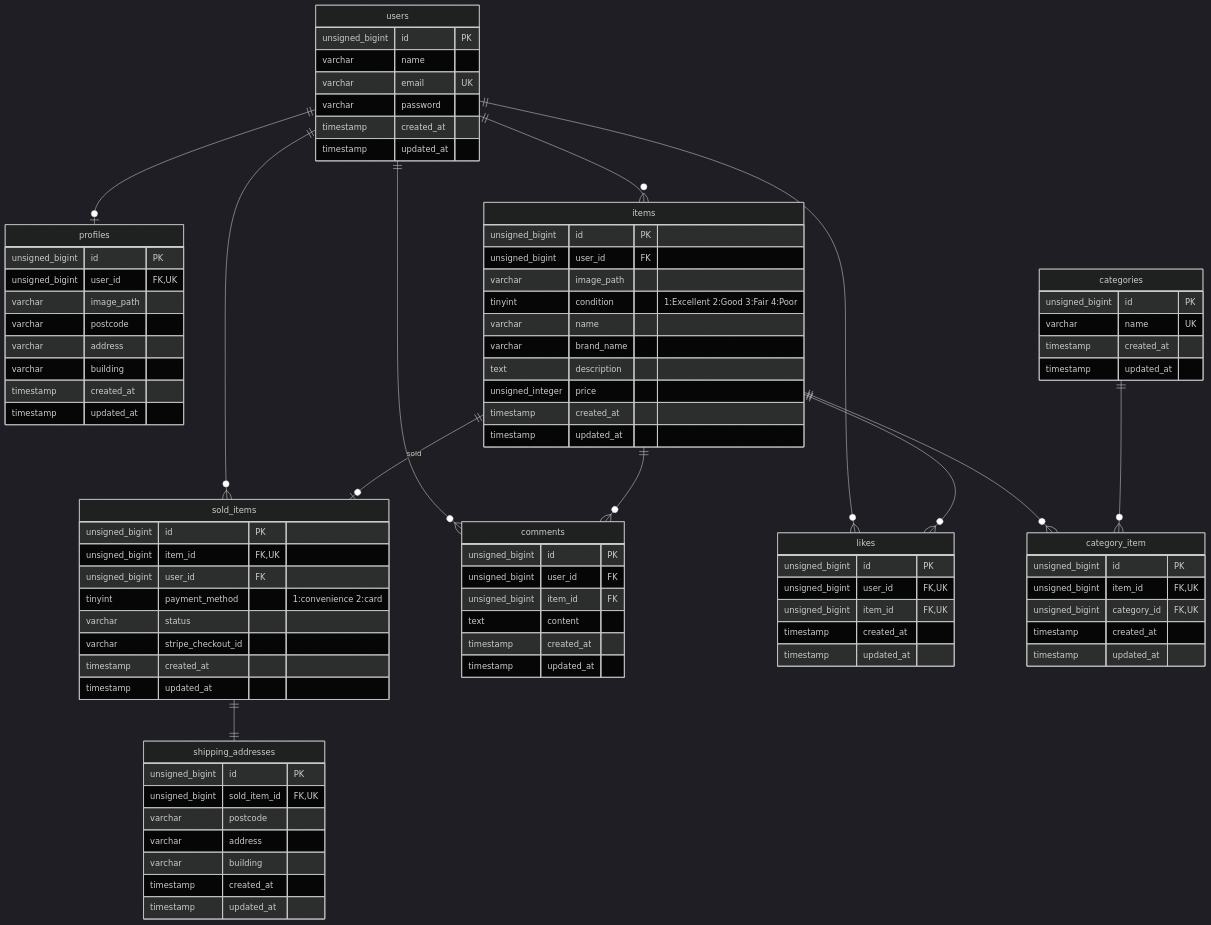
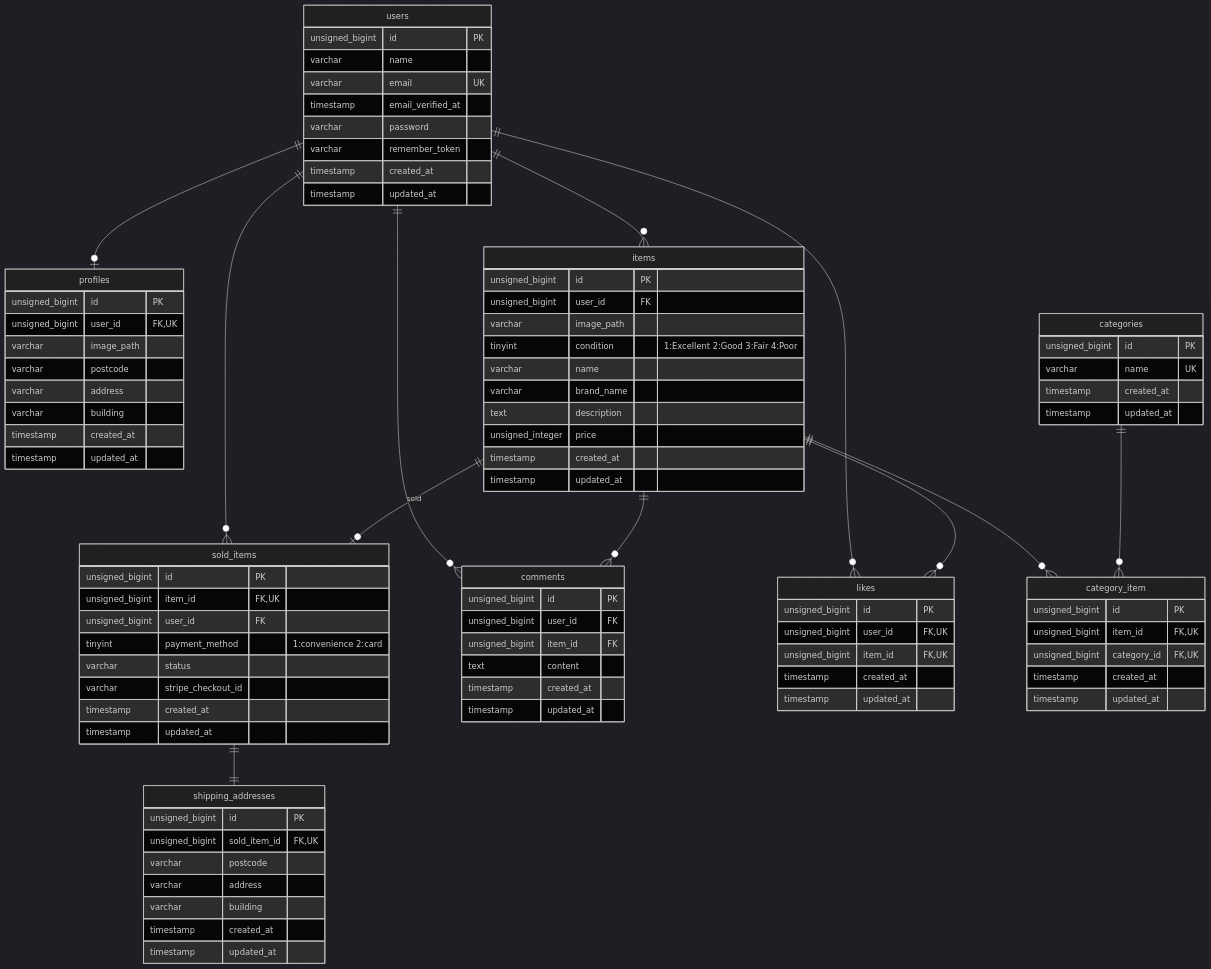
One commit to sappy3105/fleamarket-app changed the diagram in README.md. Above: the diagram before and after it, drawn with Mermaid (dark theme). The commit also changed 10 other files, not shown here.

```diff
--- a/README.md
+++ b/README.md
@@ -273,7 +273,9 @@
     unsigned_bigint id PK
     varchar name
     varchar email UK
+    timestamp email_verified_at
     varchar password
+    varchar remember_token
     timestamp created_at
     timestamp updated_at
 }
```
